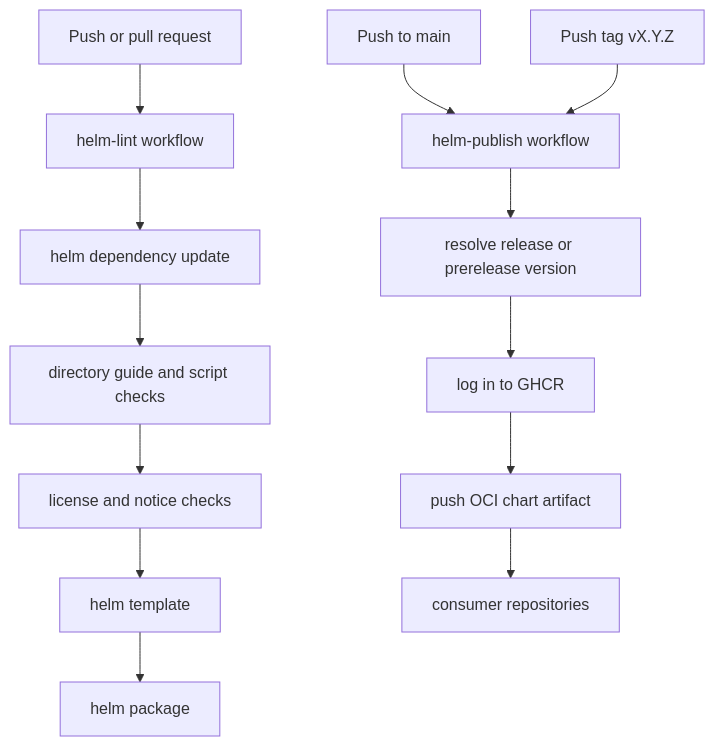
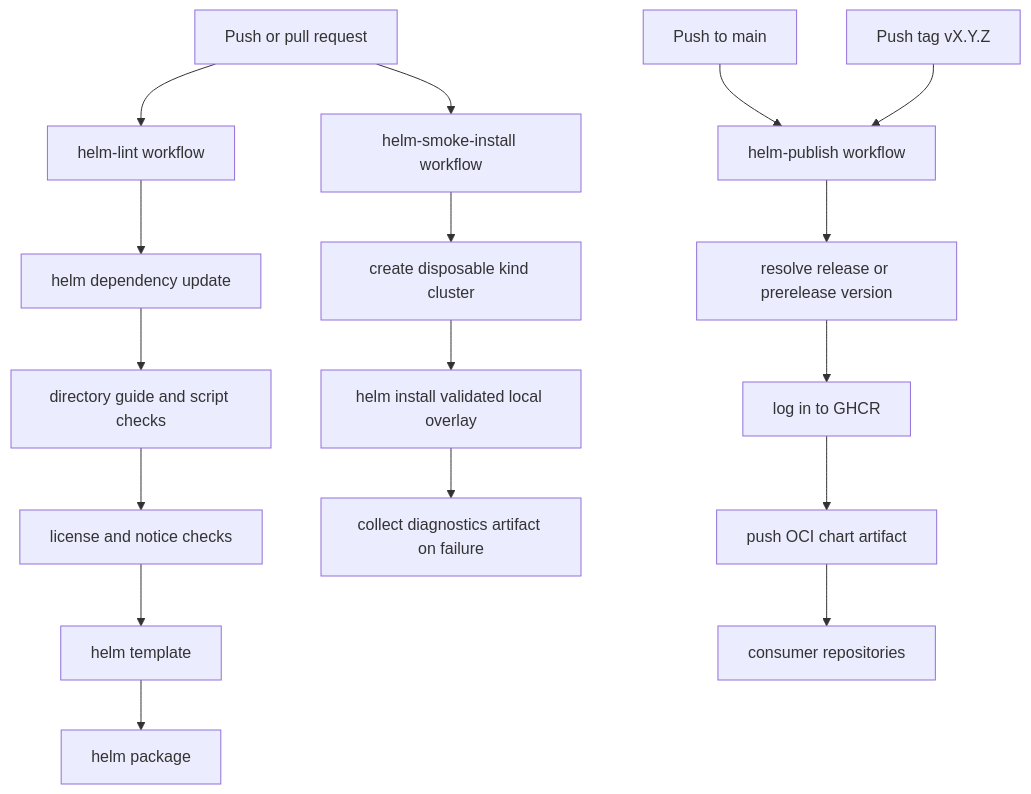
Before and after one commit to sanger-pathogens/dlh-in-a-box-umbrella-helm-chart: the diagram in .github/workflows/README.md, drawn with Mermaid. The commit also changed other lines of this file and 25 other files, not shown here.

````diff
--- a/.github/workflows/README.md
+++ b/.github/workflows/README.md
@@ -14,16 +15,20 @@
 ```mermaid
 flowchart TD
   Push[Push or pull request] --> Lint[helm-lint workflow]
+  Push --> Smoke[helm-smoke-install workflow]
   Lint --> DependencyUpdate[helm dependency update]
   DependencyUpdate --> DocsChecks[directory guide and script checks]
   DocsChecks --> LicenseChecks[license and notice checks]
   LicenseChecks --> Render[helm template]
   Render --> Package[helm package]
+  Smoke --> Kind[create disposable kind cluster]
+  Kind --> Install[helm install validated local overlay]
+  Install --> Diagnostics[collect diagnostics artifact on failure]
 
   MainPush[Push to main] --> Publish[helm-publish workflow]
   TagPush[Push tag vX.Y.Z] --> Publish
   Publish --> ResolveVersion[resolve release or prerelease version]
   ResolveVersion --> GHCRLogin[log in to GHCR]
   GHCRLogin --> PushArtifact[push OCI chart artifact]
   PushArtifact --> ConsumerRepos[consumer repositories]
 ```
````
